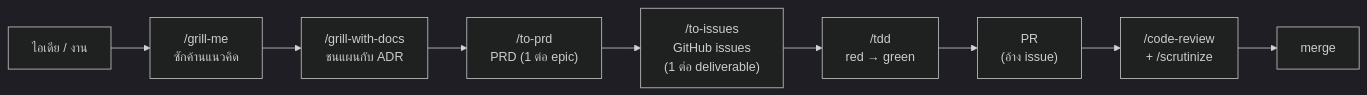
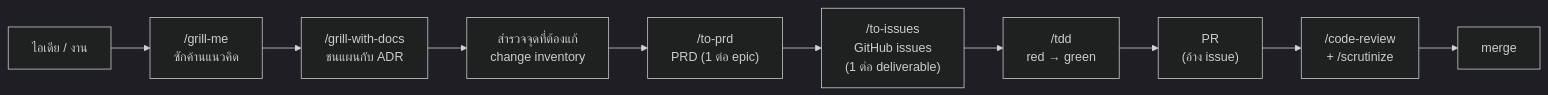
The first of 2 diagrams in docs/development-workflow.md (xenodeve/xeno-skills), drawn with Mermaid (dark theme) before and after one commit. The commit also changed 12 other files, not shown here.

````diff
--- a/docs/development-workflow.md
+++ b/docs/development-workflow.md
@@ -21,11 +21,12 @@
 ```mermaid
 graph LR
     Idea["ไอเดีย / งาน"] --> Grill["/grill-me<br/>ซักค้านแนวคิด"]
     Grill --> GrillDocs["/grill-with-docs<br/>ชนแผนกับ ADR"]
-    GrillDocs --> PRD["/to-prd<br/>PRD (1 ต่อ epic)"]
+    GrillDocs --> Survey["สำรวจจุดที่ต้องแก้<br/>change inventory"]
+    Survey --> PRD["/to-prd<br/>PRD (1 ต่อ epic)"]
     PRD --> Issues["/to-issues<br/>GitHub issues<br/>(1 ต่อ deliverable)"]
     Issues --> TDD["/tdd<br/>red → green"]
     TDD --> PR["PR<br/>(อ้าง issue)"]
     PR --> Review["/code-review<br/>+ /scrutinize"]
     Review --> Merge["merge"]
 ```
````
